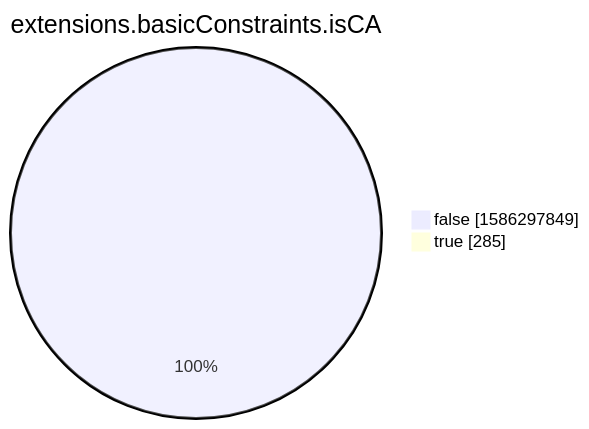
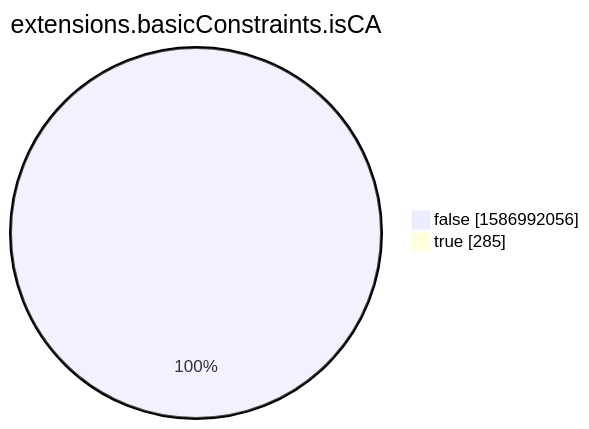
One commit to christiankrug/ctmonitor_visualization changed the eighth of 15 diagrams in xenon2022/README.md. Above: the diagram before and after it, drawn with Mermaid. The commit also changed other lines of this file, not shown here.

````diff
--- a/xenon2022/README.md
+++ b/xenon2022/README.md
@@ -2862,6 +2862,6 @@
 ```mermaid
 pie showData
 title extensions.basicConstraints.isCA
-"false" :1586297849
+"false" :1586992056
 "true" :285
 ```
````
